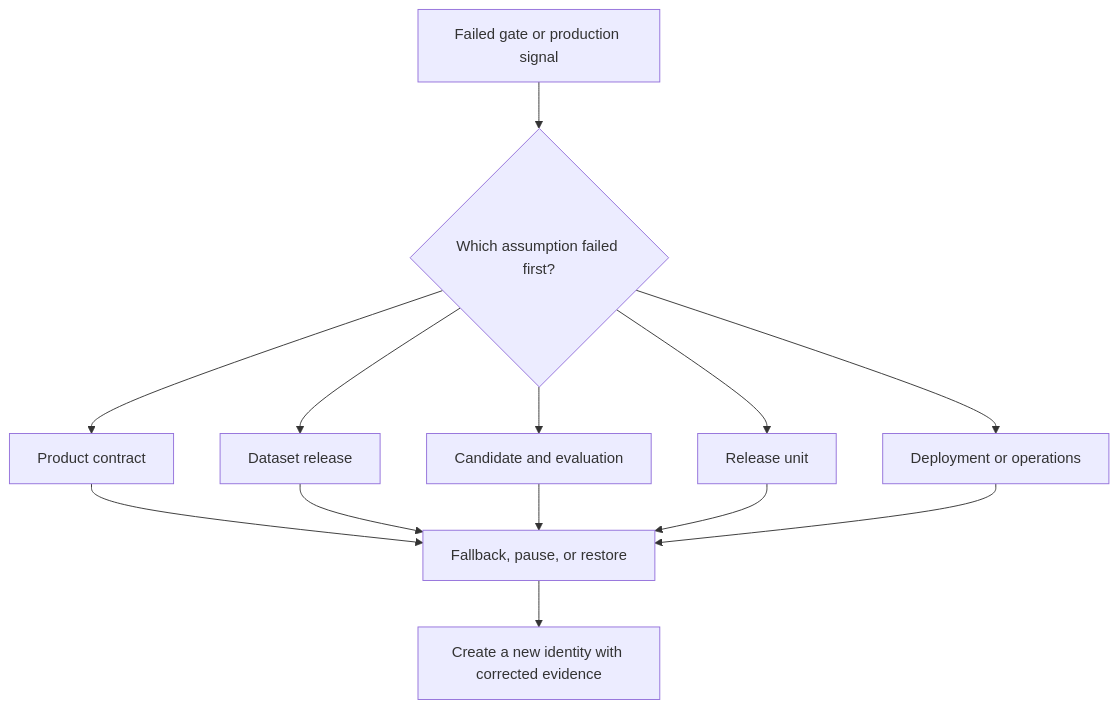
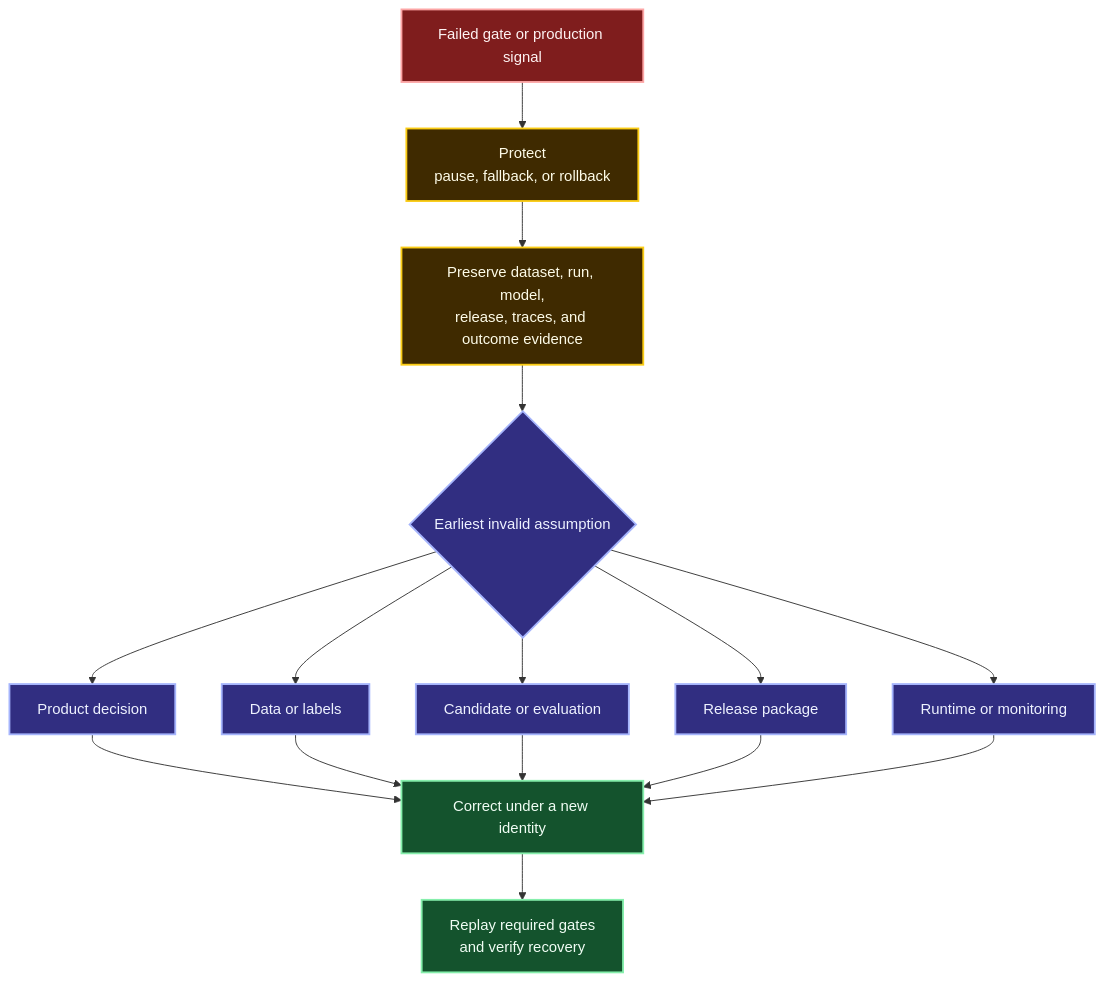
One commit to senlinyy/dev-roadmaps changed the fourth of 4 diagrams in roadmaps/mlops/modules/mlops-foundations/what-mlops-solves/02-ml-system-lifecycle.md. Above: the diagram before and after it, drawn with Mermaid. The commit also changed other lines of this file and 198 other files, not shown here.

````diff
--- a/roadmaps/mlops/modules/mlops-foundations/what-mlops-solves/02-ml-system-lifecycle.md
+++ b/roadmaps/mlops/modules/mlops-foundations/what-mlops-solves/02-ml-system-lifecycle.md
@@ -190,15 +366,26 @@
 ```mermaid
 flowchart TD
-    Signal["Failed gate or production signal"] --> Classify{"Which assumption failed first?"}
-    Classify --> Product["Product contract"]
-    Classify --> Data["Dataset release"]
-    Classify --> Candidate["Candidate and evaluation"]
-    Classify --> Package["Release unit"]
-    Classify --> Runtime["Deployment or operations"]
-    Product --> Protect["Fallback, pause, or restore"]
-    Data --> Protect
-    Candidate --> Protect
-    Package --> Protect
-    Runtime --> Protect
-    Protect --> Correct["Create a new identity with corrected evidence"]
+    A["Failed gate or production signal"] --> B["Protect<br/>pause, fallback, or rollback"]
+    B --> C["Preserve dataset, run, model,<br/>release, traces, and outcome evidence"]
+    C --> D{"Earliest invalid assumption"}
+    D --> P["Product decision"]
+    D --> DA["Data or labels"]
+    D --> M["Candidate or evaluation"]
+    D --> R["Release package"]
+    D --> O["Runtime or monitoring"]
+    P --> N["Correct under a new identity"]
+    DA --> N
+    M --> N
+    R --> N
+    O --> N
+    N --> V["Replay required gates<br/>and verify recovery"]
+
+    classDef signal fill:#7F1D1D,stroke:#FCA5A5,color:#FEF2F2,stroke-width:2px;
+    classDef protect fill:#3F2A00,stroke:#FACC15,color:#FEFCE8,stroke-width:2px;
+    classDef decide fill:#312E81,stroke:#A5B4FC,color:#EEF2FF,stroke-width:2px;
+    classDef repair fill:#14532D,stroke:#86EFAC,color:#F0FDF4,stroke-width:2px;
+    class A signal;
+    class B,C protect;
+    class D,P,DA,M,R,O decide;
+    class N,V repair;
 ```
````
